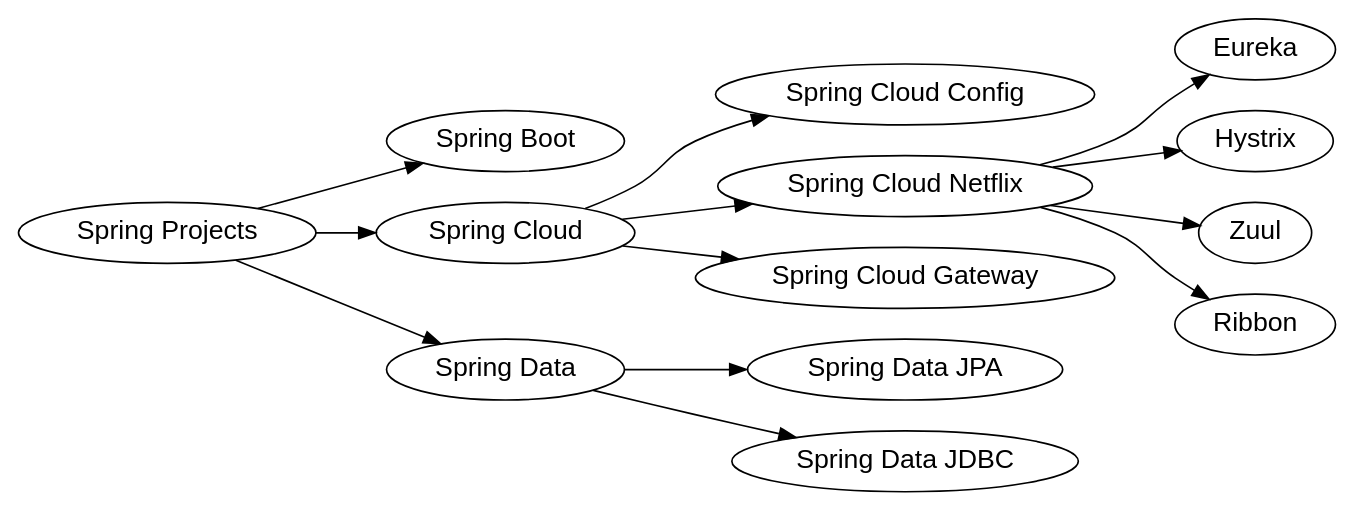
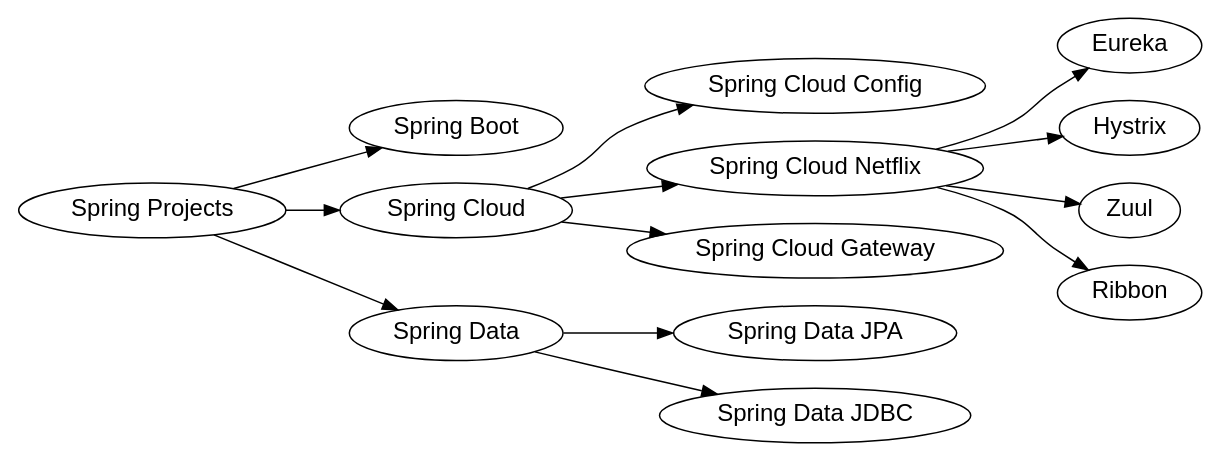
Before and after one commit to Jeanhwea/jeanhwea.github.io: the diagram in static/image/2019/07/spring-projects.dot, drawn with Graphviz. The commit also changed 1 other file, not shown here.

Commit message:
update fig

```diff
--- a/static/image/2019/07/spring-projects.dot
+++ b/static/image/2019/07/spring-projects.dot
@@ -1,47 +1,48 @@
 digraph springProjects {
   rankdir=LR;
+  size="10";
   node [
    shape=ellipse;
    fontname="Arial";
    fontsize=16
   ];
 
   spring [label="Spring Projects"];
 
   spring_boot [label="Spring Boot"];
   spring_cloud [label="Spring Cloud"];
   spring_data [label="Spring Data"];
   spring -> {
     spring_boot,
     spring_data,
     spring_cloud
   };
 
   sp_jpa [label="Spring Data JPA"];
   sp_jdbc [label="Spring Data JDBC"];
   spring_data -> {
     sp_jdbc,
     sp_jpa
   };
 
   sp_config [label="Spring Cloud Config"];
   sp_netflix [label="Spring Cloud Netflix"];
   sp_gateway [label="Spring Cloud Gateway"];
   spring_cloud -> {
     sp_config,
     sp_gateway,
     sp_netflix
   };
 
   eureka [label="Eureka"];
   hystrix [label="Hystrix"];
   zuul [label="Zuul"];
   ribbon [label="Ribbon"];
 
   sp_netflix -> {
     eureka,
     hystrix,
     zuul,
     ribbon
   };
 }
```
